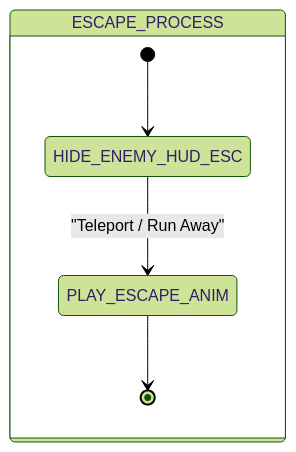
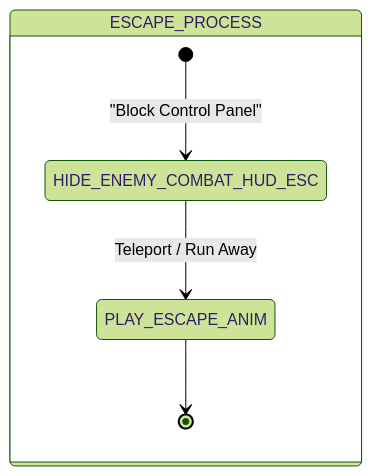
Before and after one commit to Darkham77/PokeBorrador: the eighth of 18 diagrams in .agents/skills/project-standards/references/battle/battle_mechanics_manual.md, drawn with Mermaid (forest theme). The commit also changed other lines of this file and 43 other files, not shown here.

````diff
--- a/.agents/skills/project-standards/references/battle/battle_mechanics_manual.md
+++ b/.agents/skills/project-standards/references/battle/battle_mechanics_manual.md
@@ -511,8 +547,8 @@
 ```mermaid
 stateDiagram-v2
     state ESCAPE_PROCESS {
-        [*] --> HIDE_ENEMY_HUD_ESC
-        HIDE_ENEMY_HUD_ESC --> PLAY_ESCAPE_ANIM: "Teleport / Run Away"
+        [*] --> HIDE_ENEMY_COMBAT_HUD_ESC : "Block Control Panel"
+        HIDE_ENEMY_COMBAT_HUD_ESC --> PLAY_ESCAPE_ANIM : Teleport / Run Away
         PLAY_ESCAPE_ANIM --> [*]
     }
 ```
````
